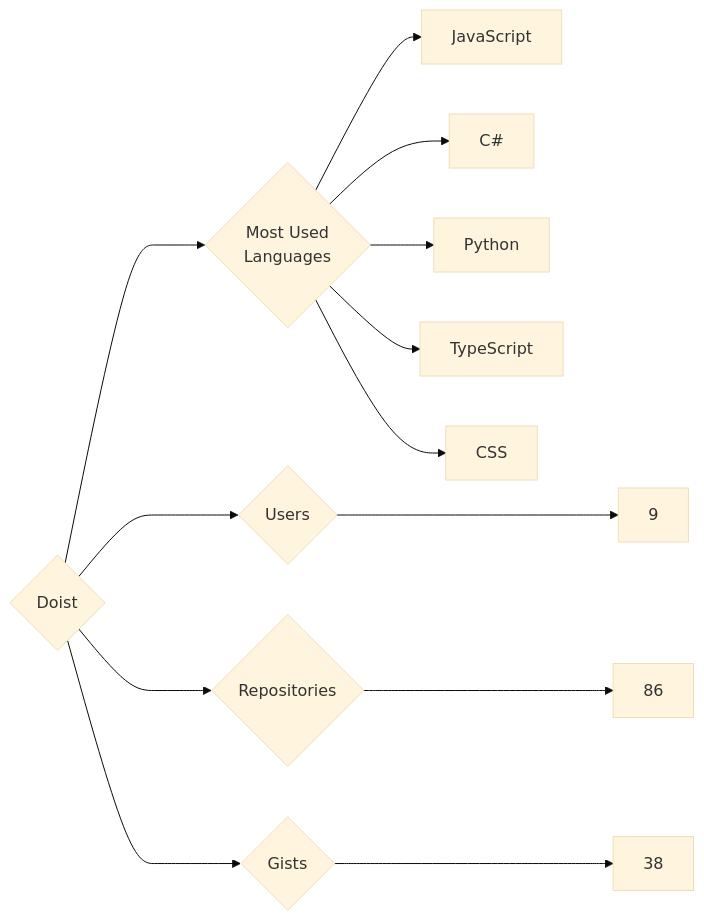
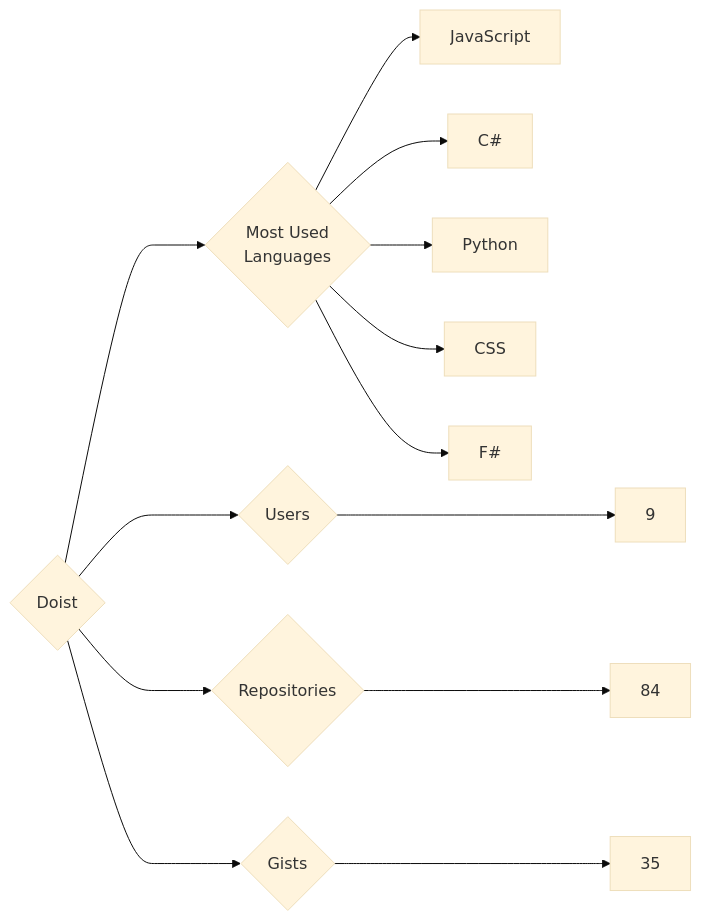
The diagram in targets/Doist/README.md (trickest/insiders), drawn with Mermaid (base theme) before and after one commit. The commit also changed 1175 other files, not shown here.

````diff
--- a/targets/Doist/README.md
+++ b/targets/Doist/README.md
@@ -3,13 +3,13 @@
 ```mermaid
 graph LR
 COMPANY_NAME{Doist}
 COMPANY_NAME ---> U{Users} ---> UN[9]
-COMPANY_NAME ---> R{Repositories} ---> RN[86]
-COMPANY_NAME ---> G{Gists} ---> GN[38]
+COMPANY_NAME ---> R{Repositories} ---> RN[84]
+COMPANY_NAME ---> G{Gists} ---> GN[35]
 COMPANY_NAME ---> ML{Most Used<br>Languages}
 ML --> JavaScript[JavaScript]
 ML --> C#[C#]
 ML --> Python[Python]
-ML --> TypeScript[TypeScript]
 ML --> CSS[CSS]
+ML --> F#[F#]
 ```
````
